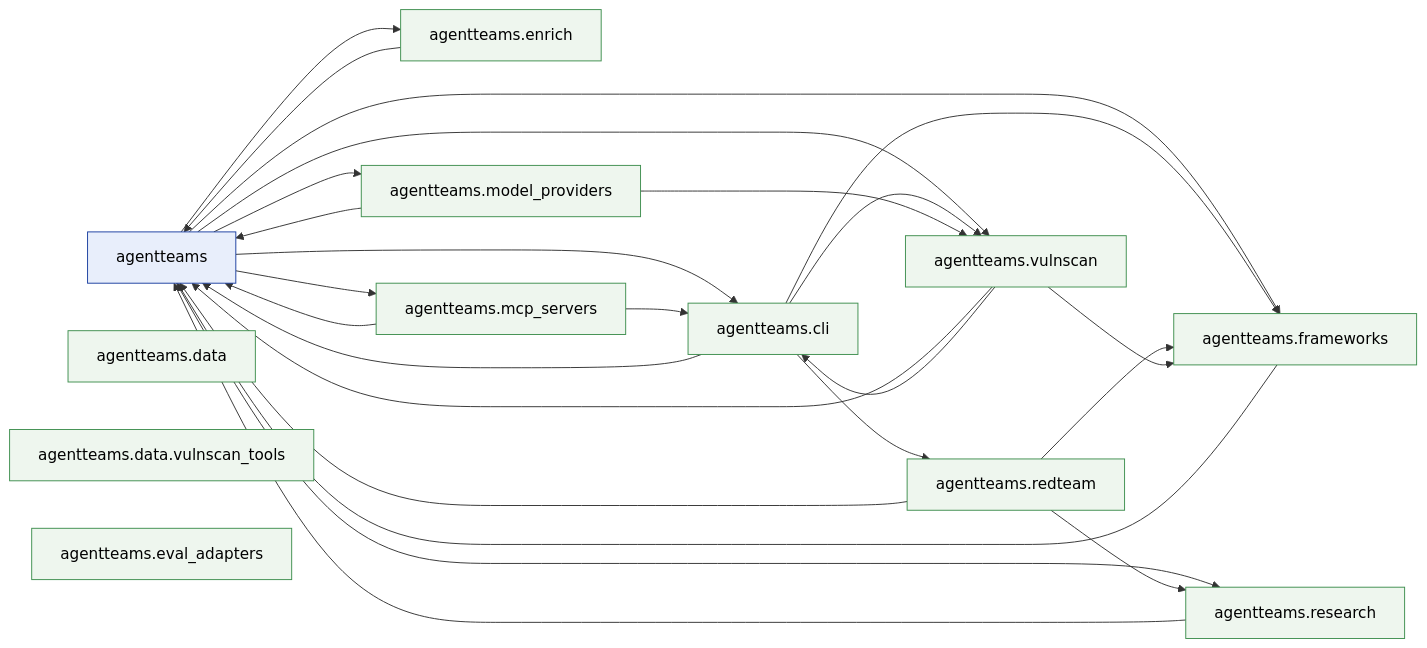
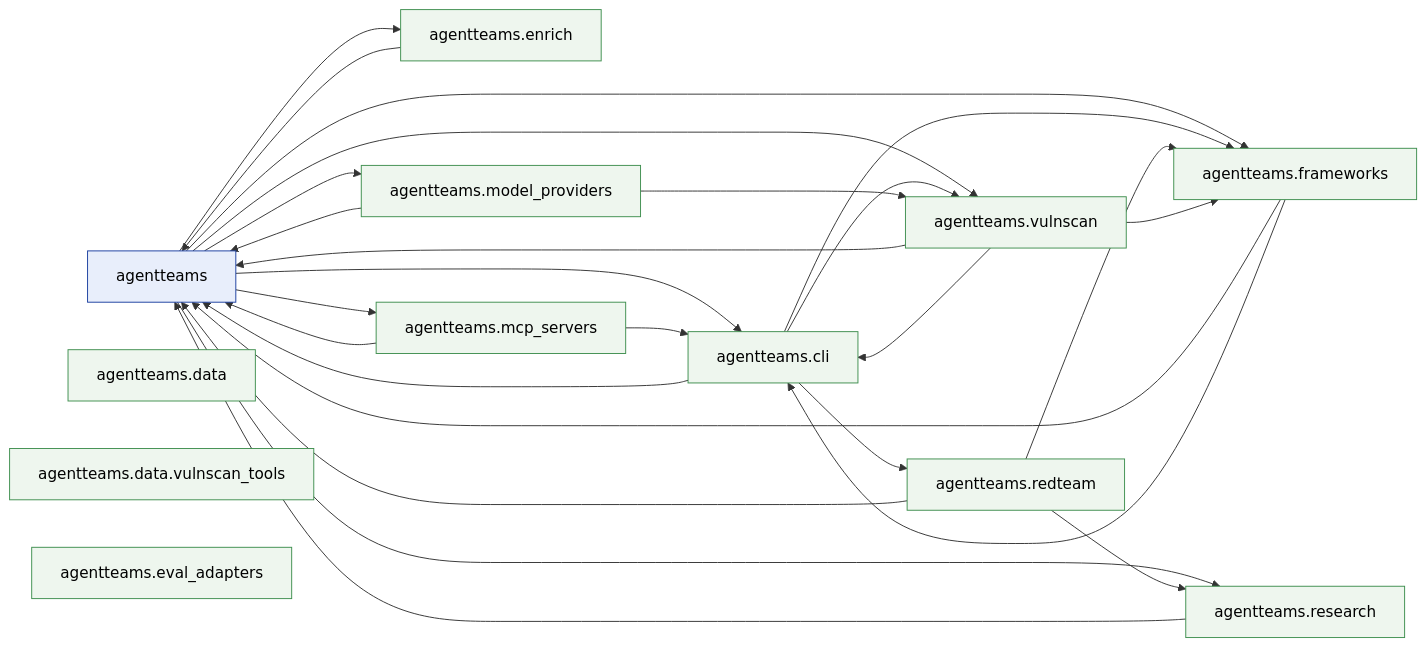
Before and after one commit to jlcatonjr/agentteams: the first of 2 diagrams in references/architecture-graph.md, drawn with Mermaid. The commit also changed other lines of this file and 35 other files, not shown here.

````diff
--- a/references/architecture-graph.md
+++ b/references/architecture-graph.md
@@ -433,53 +435,54 @@
 ```mermaid
 flowchart LR
     classDef root fill:#e8eefb,stroke:#1b3fa0,color:#000
     classDef sub  fill:#eef6ee,stroke:#3f8f4f,color:#000
     agentteams["agentteams"]
     class agentteams root
     agentteams_cli["agentteams.cli"]
     class agentteams_cli sub
     agentteams_data["agentteams.data"]
     class agentteams_data sub
     agentteams_data_vulnscan_tools["agentteams.data.vulnscan_tools"]
     class agentteams_data_vulnscan_tools sub
     agentteams_enrich["agentteams.enrich"]
     class agentteams_enrich sub
     agentteams_eval_adapters["agentteams.eval_adapters"]
     class agentteams_eval_adapters sub
     agentteams_frameworks["agentteams.frameworks"]
     class agentteams_frameworks sub
     agentteams_mcp_servers["agentteams.mcp_servers"]
     class agentteams_mcp_servers sub
     agentteams_model_providers["agentteams.model_providers"]
     class agentteams_model_providers sub
     agentteams_redteam["agentteams.redteam"]
     class agentteams_redteam sub
     agentteams_research["agentteams.research"]
     class agentteams_research sub
     agentteams_vulnscan["agentteams.vulnscan"]
     class agentteams_vulnscan sub
     agentteams --> agentteams_cli
     agentteams --> agentteams_enrich
     agentteams --> agentteams_frameworks
     agentteams --> agentteams_mcp_servers
     agentteams --> agentteams_model_providers
     agentteams --> agentteams_research
     agentteams --> agentteams_vulnscan
     agentteams_cli --> agentteams
     agentteams_cli --> agentteams_frameworks
     agentteams_cli --> agentteams_redteam
     agentteams_cli --> agentteams_vulnscan
     agentteams_enrich --> agentteams
     agentteams_frameworks --> agentteams
+    agentteams_frameworks --> agentteams_cli
     agentteams_mcp_servers --> agentteams
     agentteams_mcp_servers --> agentteams_cli
     agentteams_model_providers --> agentteams
     agentteams_model_providers --> agentteams_vulnscan
     agentteams_redteam --> agentteams
     agentteams_redteam --> agentteams_frameworks
     agentteams_redteam --> agentteams_research
     agentteams_research --> agentteams
     agentteams_vulnscan --> agentteams
     agentteams_vulnscan --> agentteams_cli
     agentteams_vulnscan --> agentteams_frameworks
 ```
````
